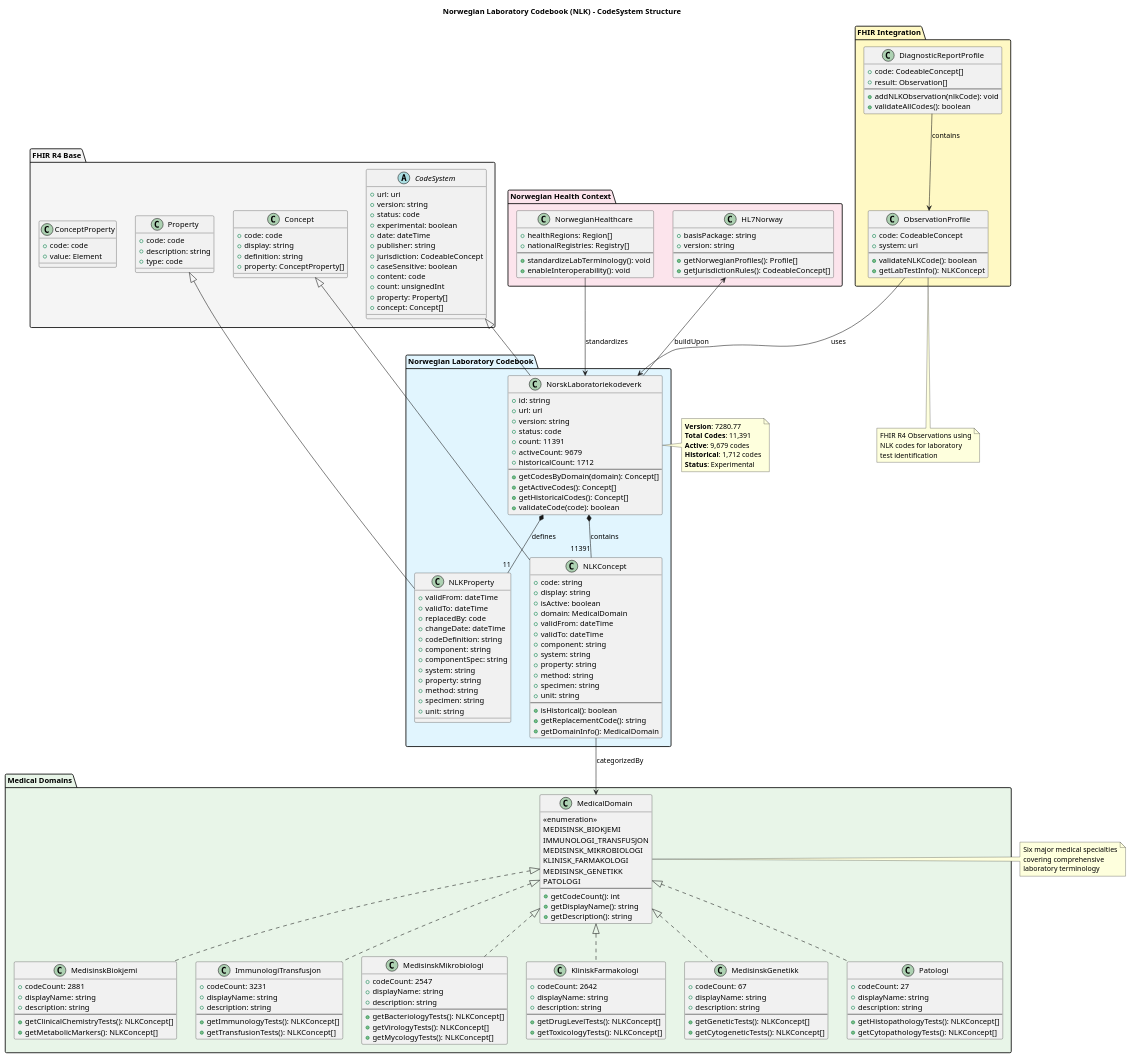
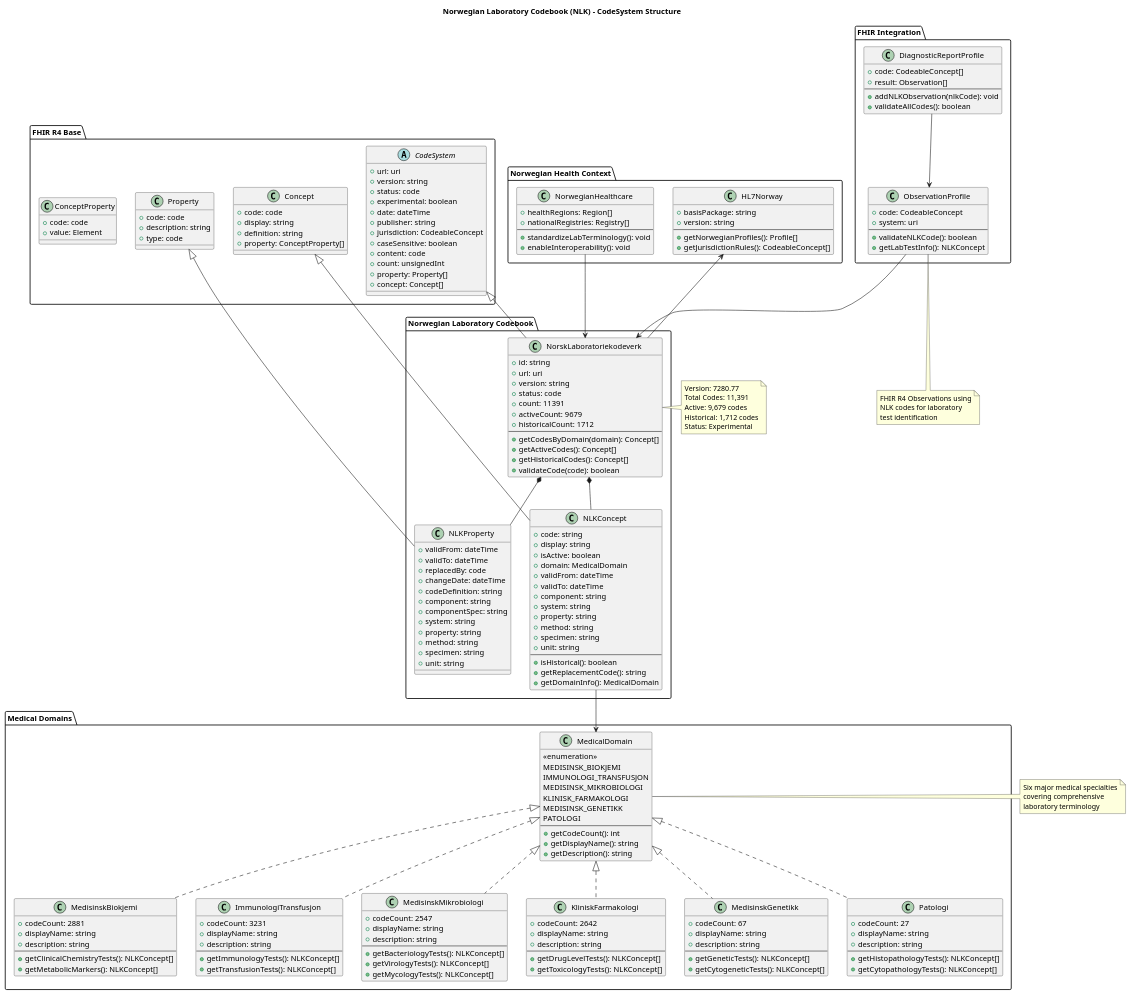
One commit to rockphotog/nlk-test changed the diagram in nlk-test/input/images/nlk-test.puml. Above: the diagram before and after it, drawn with PlantUML.

Commit message:
Simplify PlantUML diagram and remove color codes
Removed background color codes from package declarations and simplified relationship notations in the nlk-test.puml file. Updated notes formatting and diagram title for improved clarity and consistency.

```diff
--- a/nlk-test/input/images/nlk-test.puml
+++ b/nlk-test/input/images/nlk-test.puml
@@ -1,8 +1,8 @@
-@startuml NLK-CodeSystem-Structure
+@startuml nlk-codesystem
 
 title Norwegian Laboratory Codebook (NLK) - CodeSystem Structure
 
-package "FHIR R4 Base" #F5F5F5 {
+package "FHIR R4 Base" {
     abstract class CodeSystem {
         +url: uri
         +version: string
@@ -37,7 +37,7 @@
     }
 }
 
-package "Norwegian Laboratory Codebook" #E1F5FE {
+package "Norwegian Laboratory Codebook" {
     class NorskLaboratoriekodeverk {
         +id: string
         +url: uri
@@ -88,7 +88,7 @@
     }
 }
 
-package "Medical Domains" #E8F5E8 {
+package "Medical Domains" {
     class MedicalDomain {
         <<enumeration>>
         MEDISINSK_BIOKJEMI
@@ -159,7 +159,7 @@
     }
 }
 
-package "FHIR Integration" #FFF9C4 {
+package "FHIR Integration" {
     class ObservationProfile {
         +code: CodeableConcept
         +system: uri
@@ -177,7 +177,7 @@
     }
 }
 
-package "Norwegian Health Context" #FCE4EC {
+package "Norwegian Health Context" {
     class HL7Norway {
         +basisPackage: string
         +version: string
@@ -195,14 +195,13 @@
     }
 }
 
-' Relationships
 CodeSystem <|-- NorskLaboratoriekodeverk
 Property <|-- NLKProperty
 Concept <|-- NLKConcept
 
-NorskLaboratoriekodeverk *-- "11391" NLKConcept : contains
-NorskLaboratoriekodeverk *-- "11" NLKProperty : defines
-NLKConcept --> MedicalDomain : categorizedBy
+NorskLaboratoriekodeverk *-- NLKConcept
+NorskLaboratoriekodeverk *-- NLKProperty
+NLKConcept --> MedicalDomain
 
 MedicalDomain <|.. MedisinskBiokjemi
 MedicalDomain <|.. ImmunologiTransfusjon
@@ -211,30 +210,29 @@
 MedicalDomain <|.. MedisinskGenetikk
 MedicalDomain <|.. Patologi
 
-ObservationProfile --> NorskLaboratoriekodeverk : uses
-DiagnosticReportProfile --> ObservationProfile : contains
-NorskLaboratoriekodeverk --> HL7Norway : buildUpon
-NorwegianHealthcare --> NorskLaboratoriekodeverk : standardizes
+ObservationProfile --> NorskLaboratoriekodeverk
+DiagnosticReportProfile --> ObservationProfile
+NorskLaboratoriekodeverk --> HL7Norway
+NorwegianHealthcare --> NorskLaboratoriekodeverk
 
-' Cardinalities and notes
 note right of NorskLaboratoriekodeverk
-  **Version**: 7280.77
-  **Total Codes**: 11,391
-  **Active**: 9,679 codes
-  **Historical**: 1,712 codes
-  **Status**: Experimental
+Version: 7280.77
+Total Codes: 11,391
+Active: 9,679 codes
+Historical: 1,712 codes
+Status: Experimental
 end note
 
 note right of MedicalDomain
-  Six major medical specialties
-  covering comprehensive
-  laboratory terminology
+Six major medical specialties
+covering comprehensive
+laboratory terminology
 end note
 
 note bottom of ObservationProfile
-  FHIR R4 Observations using
-  NLK codes for laboratory
-  test identification
+FHIR R4 Observations using
+NLK codes for laboratory
+test identification
 end note
 
 @enduml
```
